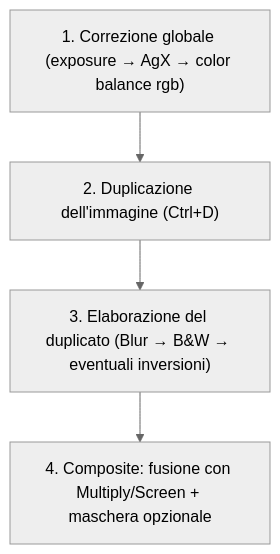
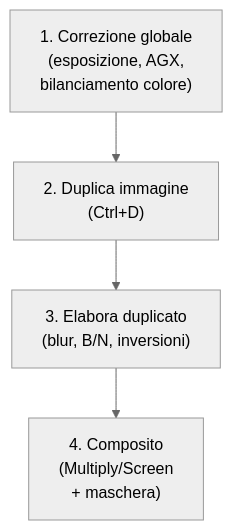
One commit to lorenzoperone/darktable-docs changed the diagram in docs/modules/composite.md. Above: the diagram before and after it, drawn with Mermaid (neutral theme). The commit also changed 40 other files, not shown here.

First line of the commit message:
fix: reformatta diagrammi Mermaid — etichette brevi, break line, italiano

````diff
--- a/docs/modules/composite.md
+++ b/docs/modules/composite.md
@@ -26,4 +26,4 @@
 ```mermaid
 flowchart TD
-    A["1. Correzione globale (exposure → AgX → color balance rgb)"] --> B["2. Duplicazione dell'immagine (Ctrl+D)"] --> C["3. Elaborazione del duplicato (Blur → B&W → eventuali inversioni)"] --> D["4. Composite: fusione con Multiply/Screen + maschera opzionale"]
+    A["1. Correzione globale<br/>(esposizione, AGX,<br/>bilanciamento colore)"] --> B["2. Duplica immagine<br/>(Ctrl+D)"] --> C["3. Elabora duplicato<br/>(blur, B/N, inversioni)"] --> D["4. Composito<br/>(Multiply/Screen<br/>+ maschera)"]
 ```
````
